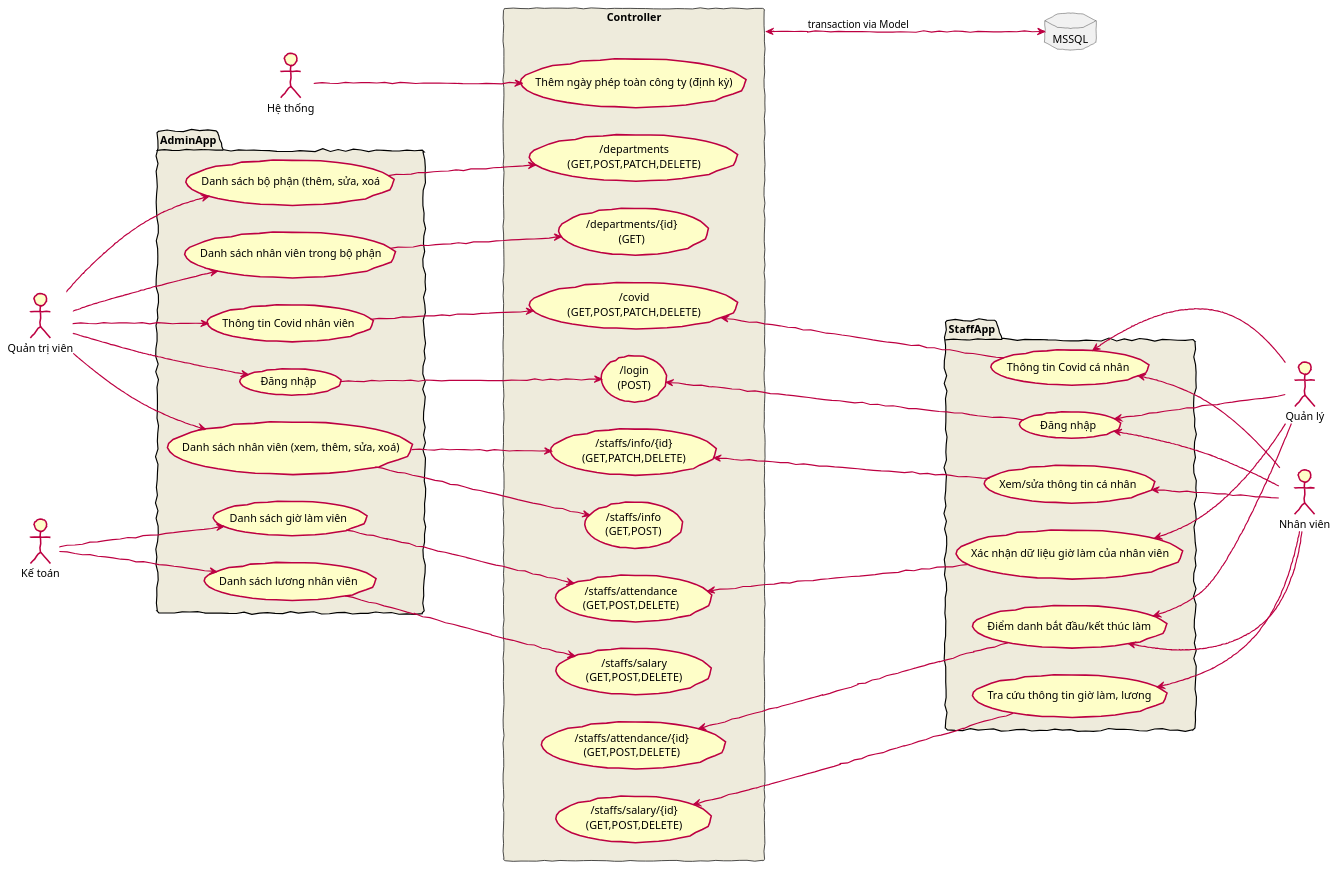
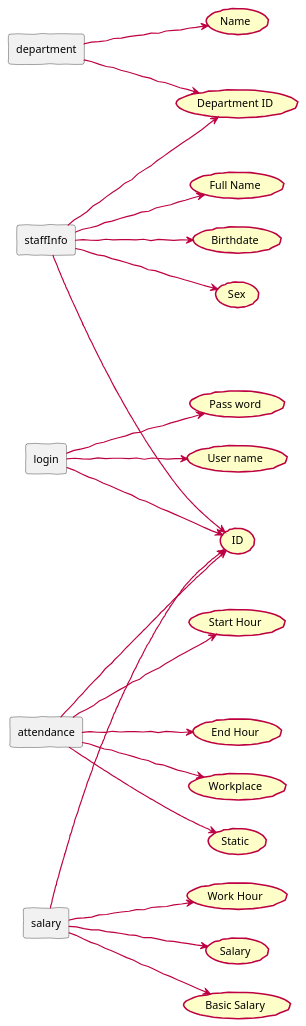
Before and after one commit to ashleynguyen07/asset-management: the diagram in UML/diagram.puml, drawn with PlantUML. The commit also changed 6 other files, not shown here.

Commit message:
change entity ERD

```diff
--- a/UML/diagram.puml
+++ b/UML/diagram.puml
@@ -1,105 +1,161 @@
 @startuml Project Java Fullstack - My Company
 skinparam handwritten true
 skinparam ParticipantPadding 50
 skinparam BoxPadding 10
 left to right direction
 
 skinparam actor {
   backgroundColor #FEFEC8
   borderColor #BD0042
   borderThickness 2
 }
 skinparam usecase {
   backgroundColor #FEFEC8
   borderColor #BD0042
 }
 skinparam package {
   backgroundColor #EEEBDC
 }
 
 skinparam ArrowColor BD0042
 skinparam ArrowThickness 1.5
 skinparam UsecaseBorderThickness 2
 skinparam PersonBorderThickness 2
 ' skinparam ArrowFontSize 10
 ' skinparam ActorFontSize 10
 ' skinparam UsecaseFontSize 10
-package AdminApp{
-  usecase "Đăng nhập" as UC_Login
-  usecase "Danh sách nhân viên (xem, thêm, sửa, xoá)" as UC_StaffsAdmin
-  usecase "Danh sách bộ phận (thêm, sửa, xoá" as UC_DepartmentsAdmin
-  usecase "Danh sách nhân viên trong bộ phận" as UC_DepartmentsStaffsAdmin
-  usecase "Thông tin Covid nhân viên" as UC_CovidAdmin
-  usecase "Danh sách lương nhân viên" as UC_StaffsSalaryAdmin
-  usecase "Danh sách giờ làm viên" as UC_StaffsAttendanceAdmin
 
+rectangle department {
 }
-actor "Quản trị viên" as Admin
-actor "Kế toán" as Accountant
-actor "Hệ thống" as System
-Admin ---> UC_Login
-Admin ---> UC_StaffsAdmin
-Admin ---> UC_DepartmentsAdmin
-Admin ---> UC_DepartmentsStaffsAdmin
-Accountant ---> UC_StaffsSalaryAdmin
-Accountant ---> UC_StaffsAttendanceAdmin
-Admin ---> UC_CovidAdmin
+usecase "ID" as UC_DepartmentID
+usecase "Name" as UC_DepartmentName
+
+department ---> UC_DepartmentID
+department ---> UC_DepartmentName
+
+
+rectangle staffInfo {
+}
+usecase "ID" as UC_StaffID
+usecase "Full Name" as UC_FullName
+usecase "Birthdate" as UC_Birthdate
+usecase "Sex" as UC_Sex
+usecase "Department ID" as UC_DepartmentID
+
+staffInfo ---> UC_StaffID
+staffInfo ---> UC_FullName
+staffInfo ---> UC_Birthdate
+staffInfo ---> UC_Sex
+staffInfo ---> UC_DepartmentID
+
+
+rectangle login {
+}
+usecase "ID" as UC_StaffID
+usecase "User name" as UC_UserName
+usecase "Pass word" as UC_Password
+
+login ---> UC_StaffID
+login ---> UC_UserName
+login ---> UC_Password
+
+rectangle attendance {
+}
+usecase "ID" as UC_StaffID
+usecase "Start Hour" as UC_StartHour
+usecase "End Hour" as UC_EndHour
+usecase "Workplace" as UC_WorkPlace
+usecase "Static" as UC_Static
+
+attendance ---> UC_StaffID
+attendance ---> UC_StartHour
+attendance ---> UC_EndHour
+attendance ---> UC_WorkPlace
+attendance ---> UC_Static
+
+rectangle salary {
+}
+usecase "ID" as UC_StaffID
+usecase "Work Hour" as UC_WorkHour
+usecase "Salary" as UC_Salary
+usecase "Basic Salary" as UC_BasicSalary
+
+salary ---> UC_StaffID
+salary ---> UC_WorkHour
+salary ---> UC_Salary
+salary ---> UC_BasicSalary
+
+
+
+
+
+
+' actor "Quản trị viên" as Admin
+' actor "Kế toán" as Accountant
+' actor "Hệ thống" as System
+' Admin ---> UC_Login
+' Admin ---> UC_StaffsAdmin
+' Admin ---> UC_DepartmentsAdmin
+' Admin ---> UC_DepartmentsStaffsAdmin
+' Accountant ---> UC_StaffsSalaryAdmin
+' Accountant ---> UC_StaffsAttendanceAdmin
+' Admin ---> UC_CovidAdmin
+' ' System ---> UC_Holydays
+
+
+' rectangle Controller{
+'   usecase "/staffs/info\n(GET,POST)" as Rest_Staffs
+'   usecase "/staffs/info/{id}\n(GET,PATCH,DELETE)" as Rest_Staff
+'   usecase "/staffs/attendance\n(GET,POST,DELETE)" as Rest_AttendanceStaffs
+'   usecase "/staffs/attendance/{id}\n(GET,POST,DELETE)" as Rest_AttendanceStaff
+'   usecase "/staffs/salary\n(GET,POST,DELETE)" as Rest_SalaryStaffs
+'   usecase "/staffs/salary/{id}\n(GET,POST,DELETE)" as Rest_SalaryStaff
+'   usecase "/departments\n(GET,POST,PATCH,DELETE)" as Rest_Departments
+'   usecase "/login\n(POST)" as Rest_Login
+'   usecase "/departments/{id}\n(GET)" as Rest_DepartmentsStaffs
+'   usecase "Thêm ngày phép toàn công ty (định kỳ)" as UC_Holydays
+'   usecase "/covid\n(GET,POST,PATCH,DELETE)" as Rest_Covid
+' }
+' UC_Login -> Rest_Login
+' UC_StaffsAdmin ---> Rest_Staffs
+' UC_StaffsAdmin ---> Rest_Staff
+' UC_StaffsAttendanceAdmin -> Rest_AttendanceStaffs
+' UC_DepartmentsAdmin ---> Rest_Departments
+' UC_DepartmentsStaffsAdmin ---> Rest_DepartmentsStaffs
+' UC_StaffsSalaryAdmin ---> Rest_SalaryStaffs
+' UC_CovidAdmin ---> Rest_Covid
 ' System ---> UC_Holydays
 
-
-rectangle Controller{
-  usecase "/staffs/info\n(GET,POST)" as Rest_Staffs
-  usecase "/staffs/info/{id}\n(GET,PATCH,DELETE)" as Rest_Staff
-  usecase "/staffs/attendance\n(GET,POST,DELETE)" as Rest_AttendanceStaffs
-  usecase "/staffs/attendance/{id}\n(GET,POST,DELETE)" as Rest_AttendanceStaff
-  usecase "/staffs/salary\n(GET,POST,DELETE)" as Rest_SalaryStaffs
-  usecase "/staffs/salary/{id}\n(GET,POST,DELETE)" as Rest_SalaryStaff
-  usecase "/departments\n(GET,POST,PATCH,DELETE)" as Rest_Departments
-  usecase "/login\n(POST)" as Rest_Login
-  usecase "/departments/{id}\n(GET)" as Rest_DepartmentsStaffs
-  usecase "Thêm ngày phép toàn công ty (định kỳ)" as UC_Holydays
-  usecase "/covid\n(GET,POST,PATCH,DELETE)" as Rest_Covid
-}
-UC_Login -> Rest_Login
-UC_StaffsAdmin ---> Rest_Staffs
-UC_StaffsAdmin ---> Rest_Staff
-UC_StaffsAttendanceAdmin -> Rest_AttendanceStaffs
-UC_DepartmentsAdmin ---> Rest_Departments
-UC_DepartmentsStaffsAdmin ---> Rest_DepartmentsStaffs
-UC_StaffsSalaryAdmin ---> Rest_SalaryStaffs
-UC_CovidAdmin ---> Rest_Covid
-System ---> UC_Holydays
-
-database MSSQL
-Controller <---> MSSQL : transaction via Model
+' database MSSQL
+' Controller <---> MSSQL : transaction via Model
 
 
-package StaffApp {
-  usecase "Đăng nhập" as UC_LoginStaff
-  usecase "Điểm danh bắt đầu/kết thúc làm" as UC_AttendanceStaff
-  usecase "Xác nhận dữ liệu giờ làm của nhân viên" as UC_CheckTimeSheetStaffs
-  usecase "Xem/sửa thông tin cá nhân" as UC_EditProfileStaff
-  usecase "Tra cứu thông tin giờ làm, lương" as UC_SalaryStaff
-  usecase "Thông tin Covid cá nhân" as UC_CovidStaff
-}
-actor "Nhân viên" as Staff
-actor "Quản lý" as Manager
-UC_LoginStaff <--- Staff
-UC_AttendanceStaff <--- Staff
-UC_EditProfileStaff <--- Staff
-UC_SalaryStaff <--- Staff
-UC_CovidStaff <--- Staff
-UC_CheckTimeSheetStaffs <--- Manager
-UC_AttendanceStaff <--- Manager
-UC_CovidStaff <--- Manager
-UC_LoginStaff <--- Manager
+' package StaffApp {
+'   usecase "Đăng nhập" as UC_LoginStaff
+'   usecase "Điểm danh bắt đầu/kết thúc làm" as UC_AttendanceStaff
+'   usecase "Xác nhận dữ liệu giờ làm của nhân viên" as UC_CheckTimeSheetStaffs
+'   usecase "Xem/sửa thông tin cá nhân" as UC_EditProfileStaff
+'   usecase "Tra cứu thông tin giờ làm, lương" as UC_SalaryStaff
+'   usecase "Thông tin Covid cá nhân" as UC_CovidStaff
+' }
+' actor "Nhân viên" as Staff
+' actor "Quản lý" as Manager
+' UC_LoginStaff <--- Staff
+' UC_AttendanceStaff <--- Staff
+' UC_EditProfileStaff <--- Staff
+' UC_SalaryStaff <--- Staff
+' UC_CovidStaff <--- Staff
+' UC_CheckTimeSheetStaffs <--- Manager
+' UC_AttendanceStaff <--- Manager
+' UC_CovidStaff <--- Manager
+' UC_LoginStaff <--- Manager
 
-Rest_Login <--- UC_LoginStaff
-Rest_Covid <--- UC_CovidStaff
-Rest_Staff <--- UC_EditProfileStaff
-Rest_AttendanceStaff <--- UC_AttendanceStaff
-Rest_AttendanceStaffs <--- UC_CheckTimeSheetStaffs
-Rest_SalaryStaff <--- UC_SalaryStaff
+' Rest_Login <--- UC_LoginStaff
+' Rest_Covid <--- UC_CovidStaff
+' Rest_Staff <--- UC_EditProfileStaff
+' Rest_AttendanceStaff <--- UC_AttendanceStaff
+' Rest_AttendanceStaffs <--- UC_CheckTimeSheetStaffs
+' Rest_SalaryStaff <--- UC_SalaryStaff
 
 
 @enduml
```
